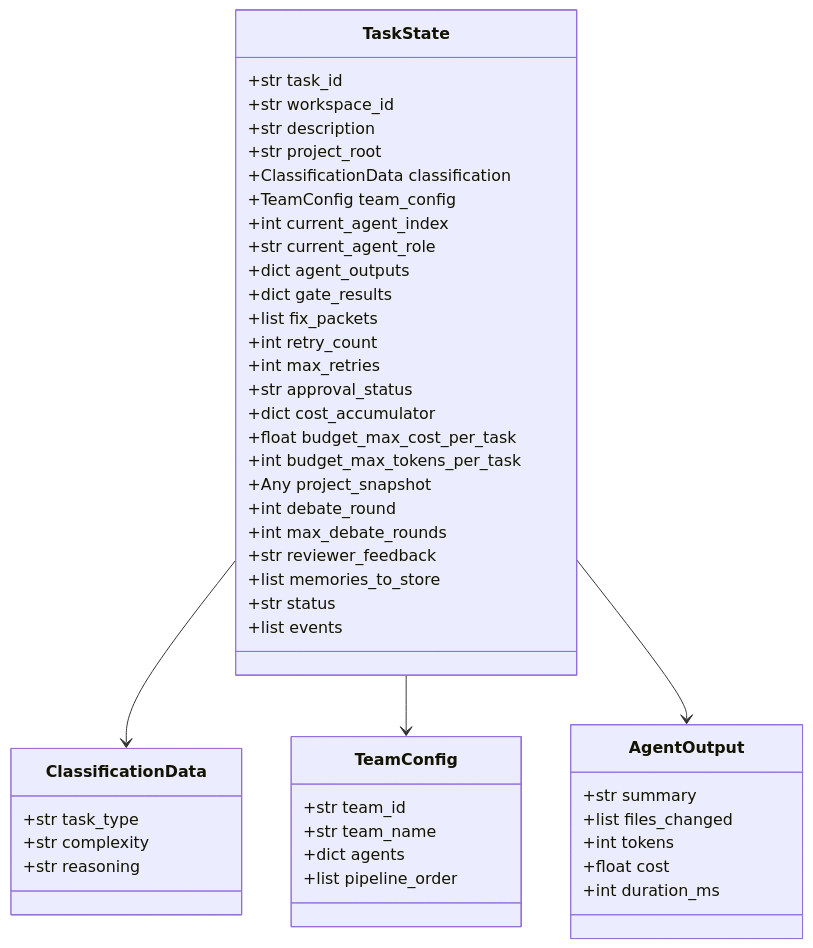
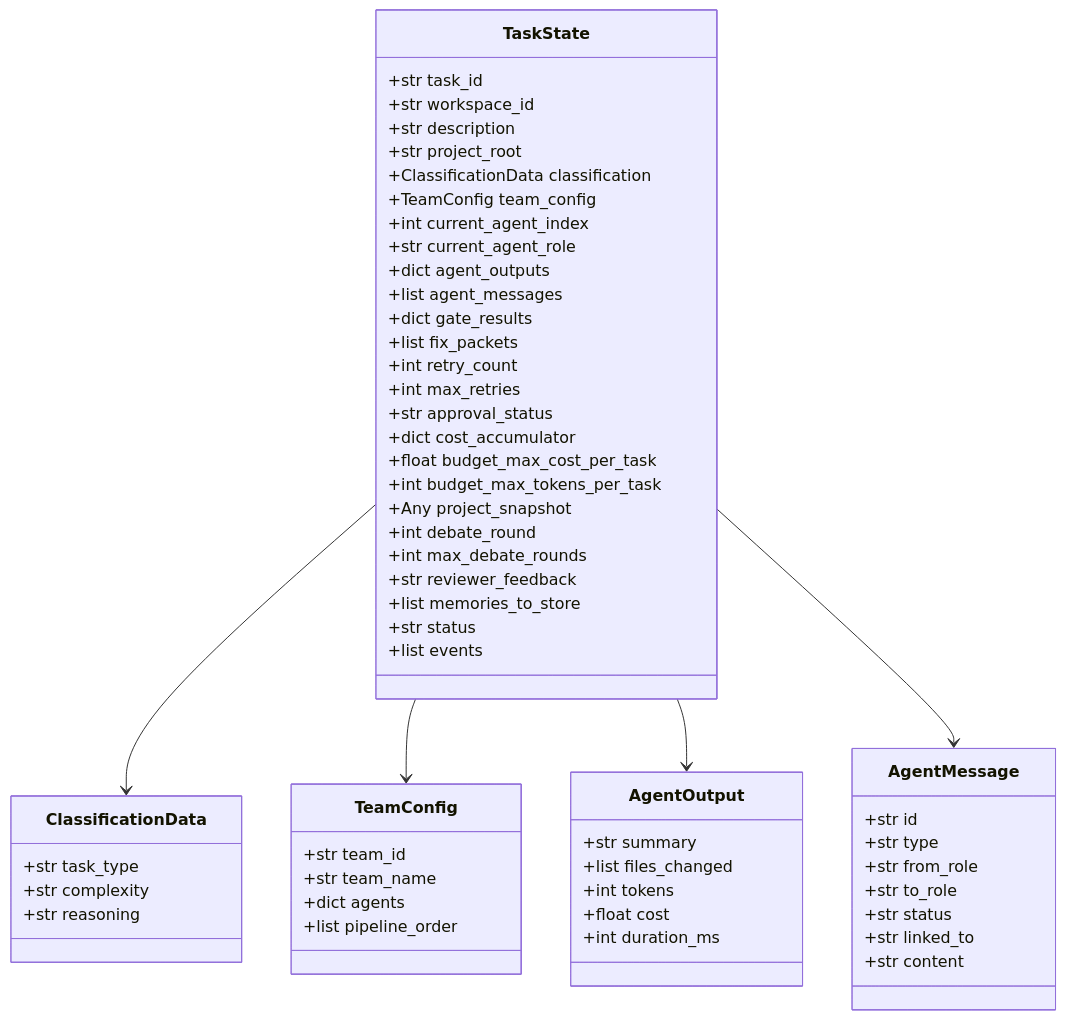
Before and after one commit to rigovo/rigovo-virtual-team: the third of 18 diagrams in README.md, drawn with Mermaid. The commit also changed other lines of this file and 13 other files, not shown here.

Commit message:
feat: Implement inter-agent consultation mechanism with message handling and auto-response

````diff
--- a/README.md
+++ b/README.md
@@ -332,54 +334,66 @@
 ```mermaid
 classDiagram
     class TaskState {
         +str task_id
         +str workspace_id
         +str description
         +str project_root
         +ClassificationData classification
         +TeamConfig team_config
         +int current_agent_index
         +str current_agent_role
         +dict agent_outputs
+        +list agent_messages
         +dict gate_results
         +list fix_packets
         +int retry_count
         +int max_retries
         +str approval_status
         +dict cost_accumulator
         +float budget_max_cost_per_task
         +int budget_max_tokens_per_task
         +Any project_snapshot
         +int debate_round
         +int max_debate_rounds
         +str reviewer_feedback
         +list memories_to_store
         +str status
         +list events
     }
 
     class ClassificationData {
         +str task_type
         +str complexity
         +str reasoning
     }
 
     class TeamConfig {
         +str team_id
         +str team_name
         +dict agents
         +list pipeline_order
     }
 
     class AgentOutput {
         +str summary
         +list files_changed
         +int tokens
         +float cost
         +int duration_ms
     }
 
+    class AgentMessage {
+        +str id
+        +str type
+        +str from_role
+        +str to_role
+        +str status
+        +str linked_to
+        +str content
+    }
+
     TaskState --> ClassificationData
     TaskState --> TeamConfig
     TaskState --> AgentOutput
+    TaskState --> AgentMessage
 ```
````
